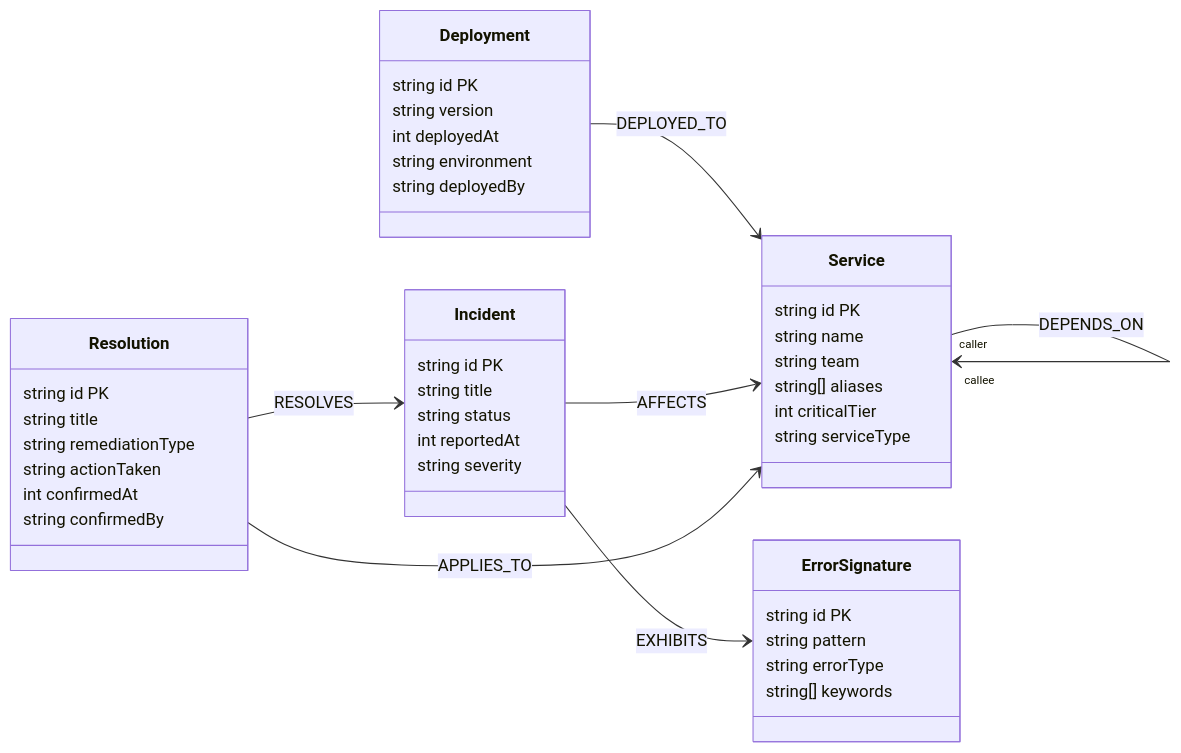
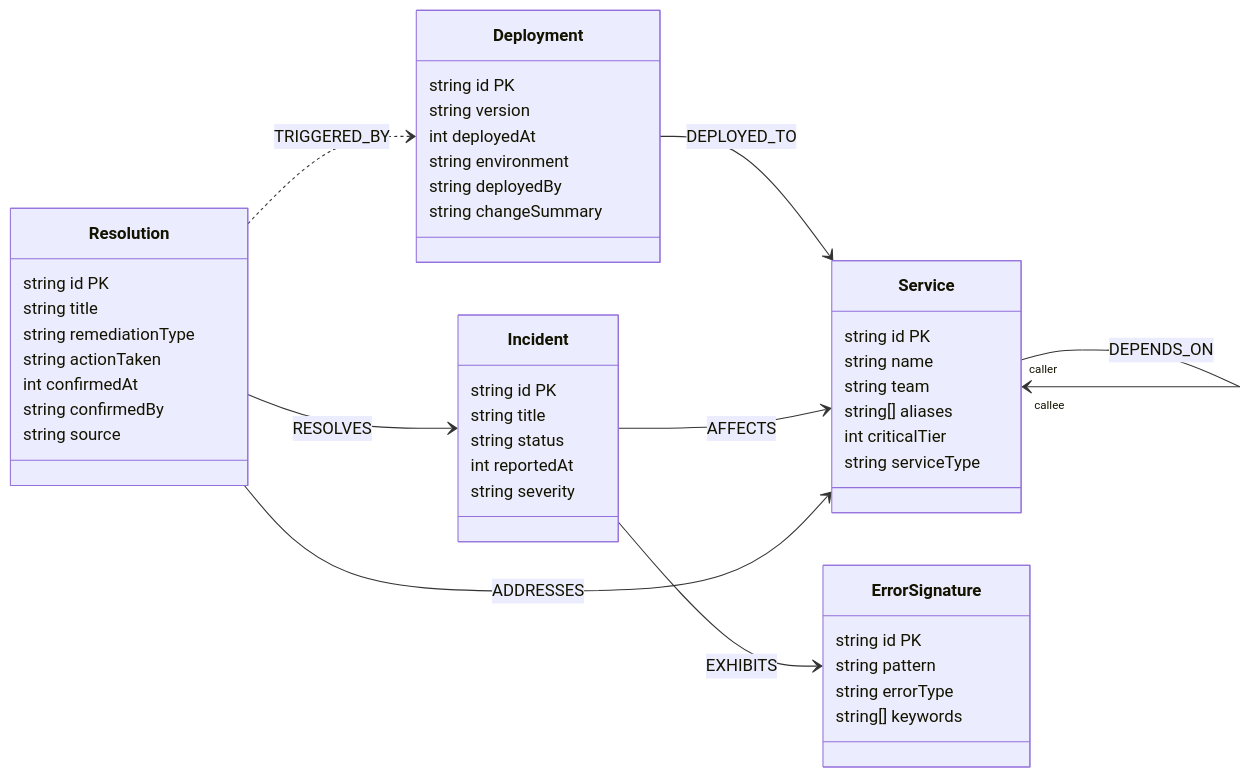
Before and after one commit to manohar-kunda/DevTraceAI: the diagram in docs/GRAPH_MODEL.md, drawn with Mermaid. The commit also changed other lines of this file and 29 other files, not shown here.

Commit message:
feat(checkpoint-8): resolution write-back service, schema extension, and Part 0 fixes

````diff
--- a/docs/GRAPH_MODEL.md
+++ b/docs/GRAPH_MODEL.md
@@ -17,52 +17,55 @@
 ```mermaid
 classDiagram
     direction LR
 
     class Service {
         string id PK
         string name
         string team
         string[] aliases
         int criticalTier
         string serviceType
     }
 
     class Deployment {
         string id PK
         string version
         int deployedAt
         string environment
         string deployedBy
+        string changeSummary
     }
 
     class ErrorSignature {
         string id PK
         string pattern
         string errorType
         string[] keywords
     }
 
     class Incident {
         string id PK
         string title
         string status
         int reportedAt
         string severity
     }
 
     class Resolution {
         string id PK
         string title
         string remediationType
         string actionTaken
         int confirmedAt
         string confirmedBy
+        string source
     }
 
     Service "caller" --> "callee" Service : DEPENDS_ON
     Deployment --> Service : DEPLOYED_TO
     Incident --> Service : AFFECTS
     Incident --> ErrorSignature : EXHIBITS
     Resolution --> Incident : RESOLVES
-    Resolution --> Service : APPLIES_TO
+    Resolution --> Service : ADDRESSES
+    Resolution ..> Deployment : TRIGGERED_BY
 ```
````
